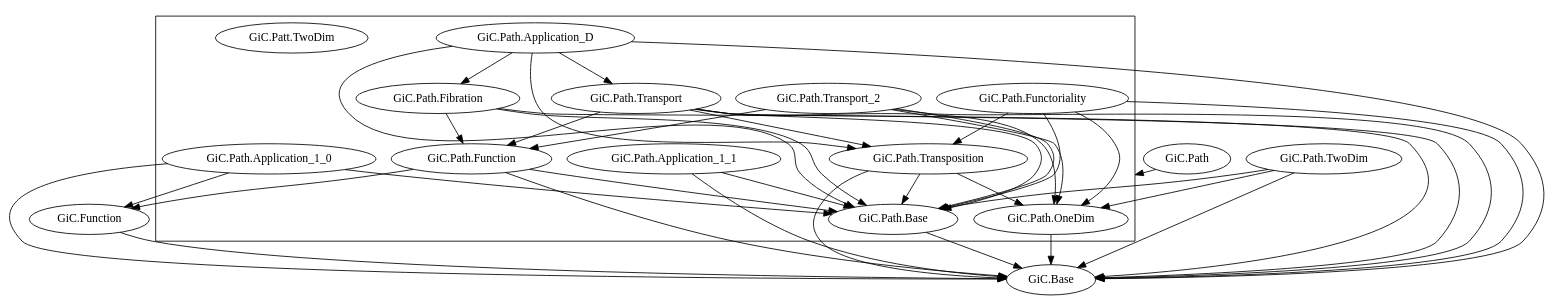
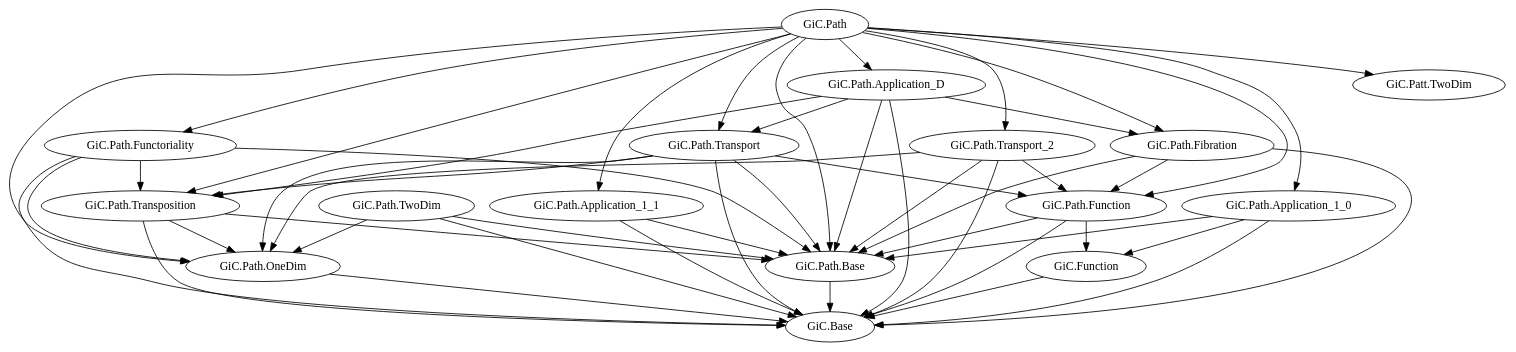
The diagram in documents/libraries.gv (Hexirp/googology-in-coq), drawn with Graphviz before and after one commit. The commit also changed 1 other file, not shown here.

Commit message:
Update: graphvis の使い方を変える
美しく表示させるために。サブグラフとかの小細工をやめて、 GiC.Path の
依存関係を Require ベースで判断した。

```diff
--- a/documents/libraries.gv
+++ b/documents/libraries.gv
@@ -1,87 +1,81 @@
 digraph dependency_graph {
-  compound = true;
-
   # GiC.Base
 
   # GiC.Function
   "GiC.Function" -> "GiC.Base";
 
   # GiC.Path.Base
   "GiC.Path.Base" -> "GiC.Base";
 
   # GiC.Path.Function
   "GiC.Path.Function" -> "GiC.Base";
   "GiC.Path.Function" -> "GiC.Function";
   "GiC.Path.Function" -> "GiC.Path.Base";
 
   # GiC.Path.OneDim
   "GiC.Path.OneDim" -> "GiC.Base";
 
   # GiC.Path.TwoDim
   "GiC.Path.TwoDim" -> "GiC.Base";
   "GiC.Path.TwoDim" -> "GiC.Path.Base";
   "GiC.Path.TwoDim" -> "GiC.Path.OneDim";
 
   # GiC.Path.Transposition
   "GiC.Path.Transposition" -> "GiC.Base";
   "GiC.Path.Transposition" -> "GiC.Path.Base";
   "GiC.Path.Transposition" -> "GiC.Path.OneDim";
 
   # GiC.Path.Functoriality
   "GiC.Path.Functoriality" -> "GiC.Base";
   "GiC.Path.Functoriality" -> "GiC.Path.Base";
   "GiC.Path.Functoriality" -> "GiC.Path.OneDim";
   "GiC.Path.Functoriality" -> "GiC.Path.Transposition";
 
   # GiC.Path.Application_1_0
   "GiC.Path.Application_1_0" -> "GiC.Base";
   "GiC.Path.Application_1_0" -> "GiC.Function";
   "GiC.Path.Application_1_0" -> "GiC.Path.Base";
 
   # GiC.Path.Application_1_1
   "GiC.Path.Application_1_1" -> "GiC.Base";
   "GiC.Path.Application_1_1" -> "GiC.Path.Base";
 
   # GiC.Path.Transport
   "GiC.Path.Transport" -> "GiC.Base";
   "GiC.Path.Transport" -> "GiC.Path.Base";
   "GiC.Path.Transport" -> "GiC.Path.Function";
   "GiC.Path.Transport" -> "GiC.Path.OneDim";
   "GiC.Path.Transport" -> "GiC.Path.Transposition";
 
   # GiC.Path.Fibration
   "GiC.Path.Fibration" -> "GiC.Base";
   "GiC.Path.Fibration" -> "GiC.Path.Base";
   "GiC.Path.Fibration" -> "GiC.Path.Function";
 
   # GiC.Path.Transport_2
   "GiC.Path.Transport_2" -> "GiC.Base";
   "GiC.Path.Transport_2" -> "GiC.Path.Base";
   "GiC.Path.Transport_2" -> "GiC.Path.Function";
   "GiC.Path.Transport_2" -> "GiC.Path.OneDim";
 
   # GiC.Path.Application_D
   "GiC.Path.Application_D" -> "GiC.Base";
   "GiC.Path.Application_D" -> "GiC.Path.Base";
   "GiC.Path.Application_D" -> "GiC.Path.Transposition";
   "GiC.Path.Application_D" -> "GiC.Path.Transport";
   "GiC.Path.Application_D" -> "GiC.Path.Fibration";
 
   # GiC.Path
-  subgraph cluster_GiC_Path {
-    "GiC.Path.Base";
-    "GiC.Path.Function";
-    "GiC.Path.OneDim";
-    "GiC.Patt.TwoDim";
-    "GiC.Path.Transposition";
-    "GiC.Path.Functoriality";
-    "GiC.Path.Application_1_0";
-    "GiC.Path.Application_1_1";
-    "GiC.Path.Transport";
-    "GiC.Path.Fibration";
-    "GiC.Path.Transport_2";
-    "GiC.Path.Application_D";
-  }
-
-  "GiC.Path" -> "GiC.Path.Base" [lhead = cluster_GiC_Path];
+  "GiC.Path" -> "GiC.Path.Base";
+  "GiC.Path" -> "GiC.Path.Function";
+  "GiC.Path" -> "GiC.Path.OneDim";
+  "GiC.Path" -> "GiC.Patt.TwoDim";
+  "GiC.Path" -> "GiC.Path.Transposition";
+  "GiC.Path" -> "GiC.Path.Functoriality";
+  "GiC.Path" -> "GiC.Path.Application_1_0";
+  "GiC.Path" -> "GiC.Path.Application_1_1";
+  "GiC.Path" -> "GiC.Path.Transport";
+  "GiC.Path" -> "GiC.Path.Fibration";
+  "GiC.Path" -> "GiC.Path.Transport_2";
+  "GiC.Path" -> "GiC.Path.Application_D";
 }
```
